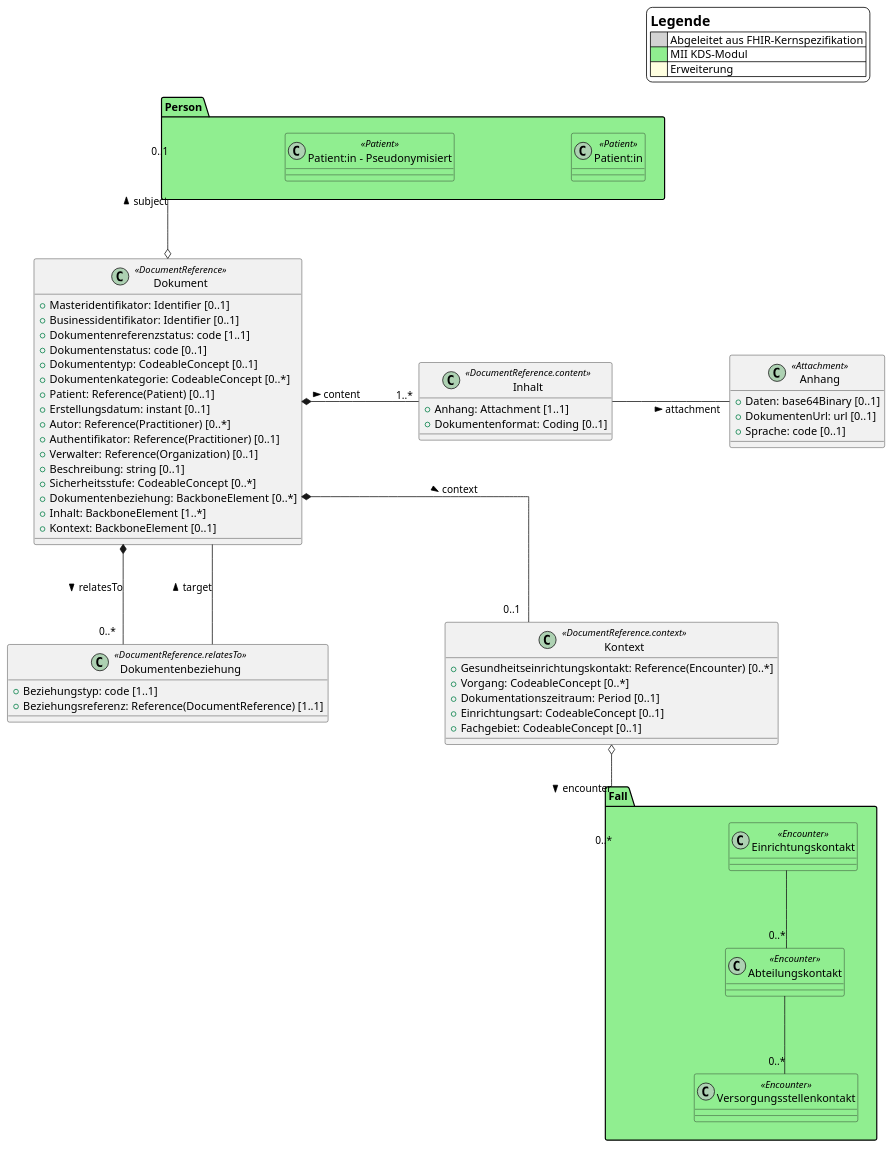
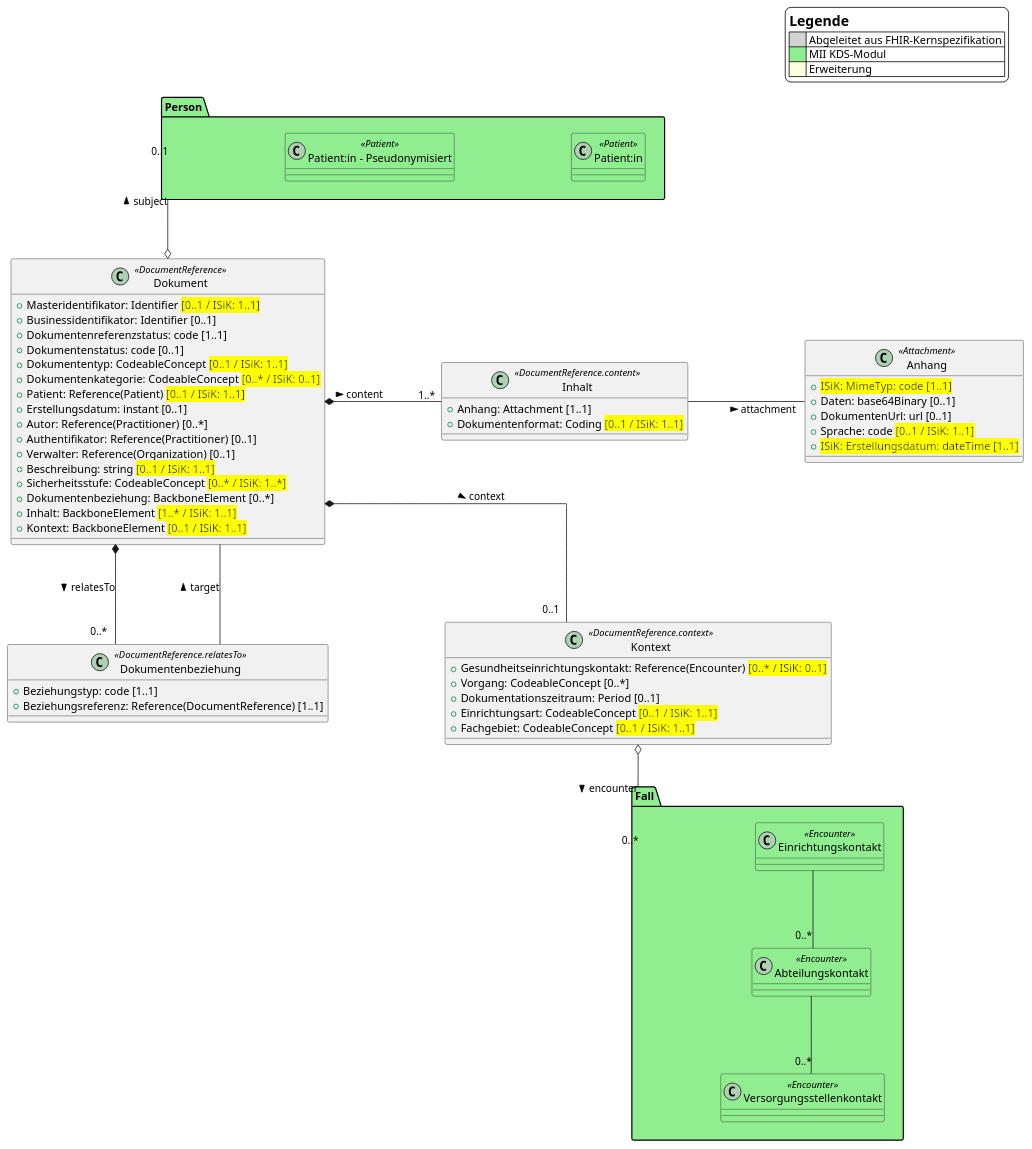
Before and after one commit to imi-ms/eyematics-kds: the diagram in input/plantuml/Dokument-Einfach.plantuml, drawn with PlantUML. The commit also changed 1 other file, not shown here.

Commit message:
Compares FHIR R4 with ISiK Dokumentenaustausch Stufe 4 (see UML diagram)

```diff
--- a/input/plantuml/Dokument-Einfach.plantuml
+++ b/input/plantuml/Dokument-Einfach.plantuml
@@ -1,84 +1,86 @@
 @startuml
 
 ' Canvas Parameters
 skinparam Linetype ortho
 skinparam Nodesep 150
 skinparam Ranksep 100
 skinparam legendBackgroundColor #white
 
 legend top right
     = Legende
     |<#lightgray>      | Abgeleitet aus FHIR-Kernspezifikation |
     |<#lightgreen>     | MII KDS-Modul |
     |<#lightyellow>    | Erweiterung |
 endlegend
 
 ' MII KDS-Modul Person
 package Person #LightGreen {
     class "Patient:in" <<Patient>> #LightGreen
     class "Patient:in - Pseudonymisiert" <<Patient>> #LightGreen
 }
 
 ' MII KDS-Modul Fall
 package Fall #LightGreen {
   class Einrichtungskontakt <<Encounter>> #LightGreen
   class Abteilungskontakt <<Encounter>> #LightGreen
   class Versorgungsstellenkontakt <<Encounter>> #LightGreen
 }
 
 ' Klassen
 class Dokument <<DocumentReference>> {
-    + {field} Masteridentifikator: Identifier [0..1]
+    + {field} Masteridentifikator: Identifier <back:#yellow>[0..1 / ISiK: 1..1]</back>
     + {field} Businessidentifikator: Identifier [0..1]
     + {field} Dokumentenreferenzstatus: code [1..1]
     + {field} Dokumentenstatus: code [0..1]
-    + {field} Dokumententyp: CodeableConcept [0..1]
-    + {field} Dokumentenkategorie: CodeableConcept [0..*]
-    + {field} Patient: Reference(Patient) [0..1]
+    + {field} Dokumententyp: CodeableConcept <back:#yellow>[0..1 / ISiK: 1..1]</back>
+    + {field} Dokumentenkategorie: CodeableConcept <back:#yellow>[0..* / ISiK: 0..1]</back>
+    + {field} Patient: Reference(Patient) <back:#yellow>[0..1 / ISiK: 1..1]</back>
     + {field} Erstellungsdatum: instant [0..1]
     + {field} Autor: Reference(Practitioner) [0..*]
     + {field} Authentifikator: Reference(Practitioner) [0..1]
     + {field} Verwalter: Reference(Organization) [0..1]
-    + {field} Beschreibung: string [0..1]
-    + {field} Sicherheitsstufe: CodeableConcept [0..*]
+    + {field} Beschreibung: string <back:#yellow>[0..1 / ISiK: 1..1]</back>
+    + {field} Sicherheitsstufe: CodeableConcept <back:#yellow>[0..* / ISiK: 1..*]</back>
     + {field} Dokumentenbeziehung: BackboneElement [0..*]
-    + {field} Inhalt: BackboneElement [1..*]
-    + {field} Kontext: BackboneElement [0..1]
+    + {field} Inhalt: BackboneElement <back:#yellow>[1..* / ISiK: 1..1]</back>
+    + {field} Kontext: BackboneElement <back:#yellow>[0..1 / ISiK: 1..1]</back>
 }
 
 class Dokumentenbeziehung <<DocumentReference.relatesTo>> {
     + {field} Beziehungstyp: code [1..1]
     + {field} Beziehungsreferenz: Reference(DocumentReference) [1..1]
 }
 
 class Kontext <<DocumentReference.context>> {
-    + {field} Gesundheitseinrichtungskontakt: Reference(Encounter) [0..*]
+    + {field} Gesundheitseinrichtungskontakt: Reference(Encounter) <back:#yellow>[0..* / ISiK: 0..1]</back>
     + {field} Vorgang: CodeableConcept [0..*]
     + {field} Dokumentationszeitraum: Period [0..1]
-    + {field} Einrichtungsart: CodeableConcept [0..1]
-    + {field} Fachgebiet: CodeableConcept [0..1]
+    + {field} Einrichtungsart: CodeableConcept <back:#yellow>[0..1 / ISiK: 1..1]</back>
+    + {field} Fachgebiet: CodeableConcept <back:#yellow>[0..1 / ISiK: 1..1]</back>
 }
 
 class Inhalt <<DocumentReference.content>> {
     + {field} Anhang: Attachment [1..1]
-    + {field} Dokumentenformat: Coding [0..1]
+    + {field} Dokumentenformat: Coding <back:#yellow>[0..1 / ISiK: 1..1]</back>
 }
 
 class Anhang <<Attachment>> {
+    + {field} <back:#yellow>ISiK: MimeTyp: code [1..1]</back>
     + {field} Daten: base64Binary [0..1]
     + {field} DokumentenUrl: url [0..1]
-    + {field} Sprache: code [0..1]
+    + {field} Sprache: code <back:#yellow>[0..1 / ISiK: 1..1]</back>
+    + {field} <back:#yellow>ISiK: Erstellungsdatum: dateTime [1..1]</back>
 }
 
 ' Beziehungen
 Dokument *- "1..*" Inhalt: content >
 Dokument *-- "0..1" Kontext: context >
 Dokument *-- "0..*" Dokumentenbeziehung: relatesTo >
 Dokument o-u- "0..1" Person: subject >
 Dokumentenbeziehung -- Dokument: target >
 Inhalt -r- Anhang: attachment >
 Kontext o-- "0..*" Fall: encounter >
 Einrichtungskontakt -- "0..*" Abteilungskontakt
 Abteilungskontakt -- "0..*" Versorgungsstellenkontakt
 
 @enduml
```
